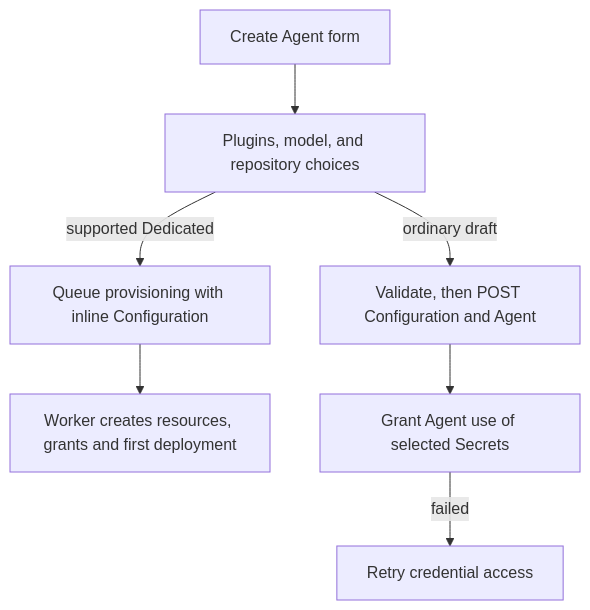
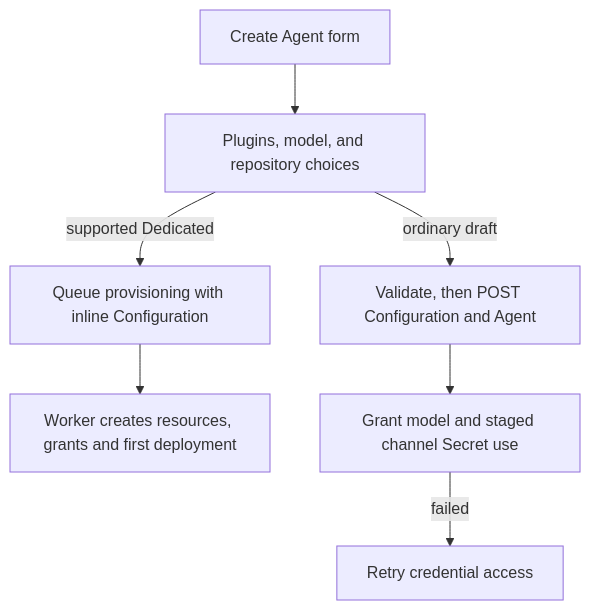
One commit to raw-labs/openclaw-enterprise changed the diagram in docs/flows/platform-console/agent-creation.md. Above: the diagram before and after it, drawn with Mermaid. The commit also changed other lines of this file and 17 other files, not shown here.

````diff
--- a/docs/flows/platform-console/agent-creation.md
+++ b/docs/flows/platform-console/agent-creation.md
@@ -27,9 +27,9 @@
 ```mermaid
 graph TD
   A["Create Agent form"] --> B["Plugins, model, and repository choices"]
   B -->|supported Dedicated| C["Queue provisioning with inline Configuration"]
   C --> D["Worker creates resources, grants and first deployment"]
   B -->|ordinary draft| E["Validate, then POST Configuration and Agent"]
-  E --> F["Grant Agent use of selected Secrets"]
+  E --> F["Grant model and staged channel Secret use"]
   F -->|failed| G["Retry credential access"]
 ```
````
